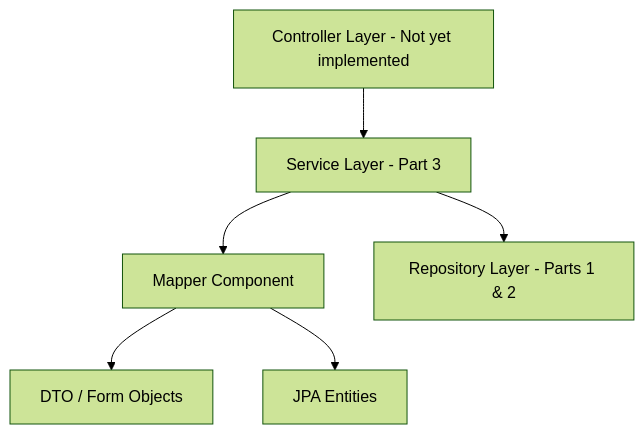
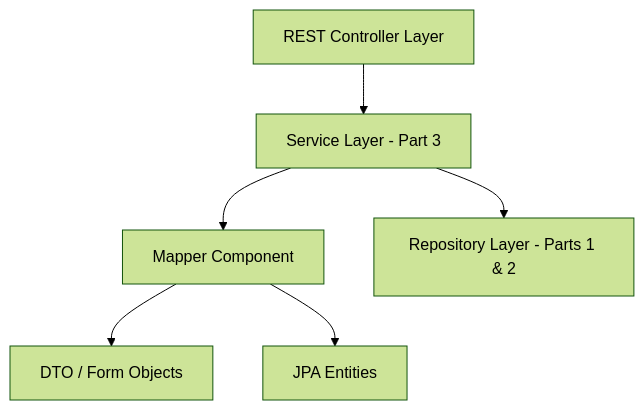
Before and after one commit to FSopelsa/Workshop-E-commerce-Platform-JPA: the first of 3 diagrams in instructions/SpringBoot-DataJPA-Service-Layer-Workshop-Part3.md, drawn with Mermaid (forest theme). The commit also changed other lines of this file and 3 other files, not shown here.

````diff
--- a/instructions/SpringBoot-DataJPA-Service-Layer-Workshop-Part3.md
+++ b/instructions/SpringBoot-DataJPA-Service-Layer-Workshop-Part3.md
@@ -23,8 +23,8 @@
 ```mermaid
 graph TD
-    API[Controller Layer - Not yet implemented] --> Service[Service Layer - Part 3]
+    API[REST Controller Layer] --> Service[Service Layer - Part 3]
     Service --> Mapper[Mapper Component]
     Service --> Repo[Repository Layer - Parts 1 & 2]
     Mapper --> DTO[DTO / Form Objects]
     Mapper --> Entity[JPA Entities]
 ```
````
